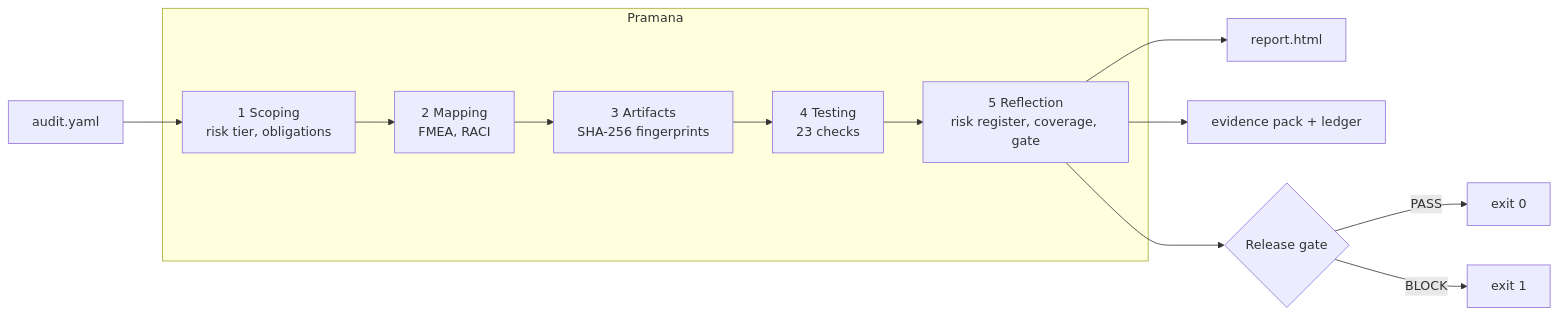
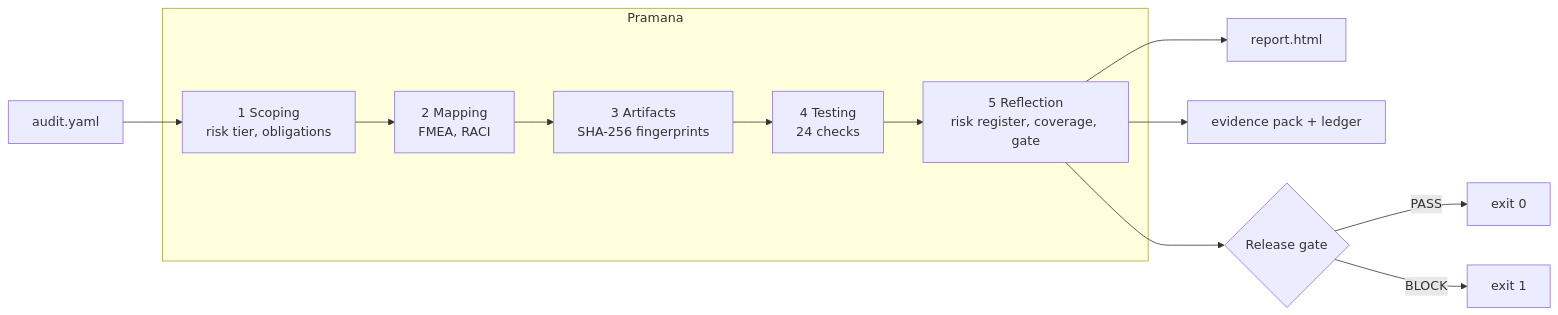
One commit to Tejascodz/pramana changed the diagram in README.md. Above: the diagram before and after it, drawn with Mermaid. The commit also changed other lines of this file and 15 other files, not shown here.

````diff
--- a/README.md
+++ b/README.md
@@ -36,15 +36,15 @@
 ```mermaid
 flowchart LR
     S[audit.yaml] --> A
     subgraph Pramana
     A[1 Scoping<br/>risk tier, obligations] --> B[2 Mapping<br/>FMEA, RACI]
     B --> C[3 Artifacts<br/>SHA-256 fingerprints]
-    C --> D[4 Testing<br/>23 checks]
+    C --> D[4 Testing<br/>24 checks]
     D --> E[5 Reflection<br/>risk register, coverage, gate]
     end
     E --> R[report.html]
     E --> P[evidence pack + ledger]
     E --> G{Release gate}
     G -->|PASS| OK[exit 0]
     G -->|BLOCK| NO[exit 1]
 ```
````
